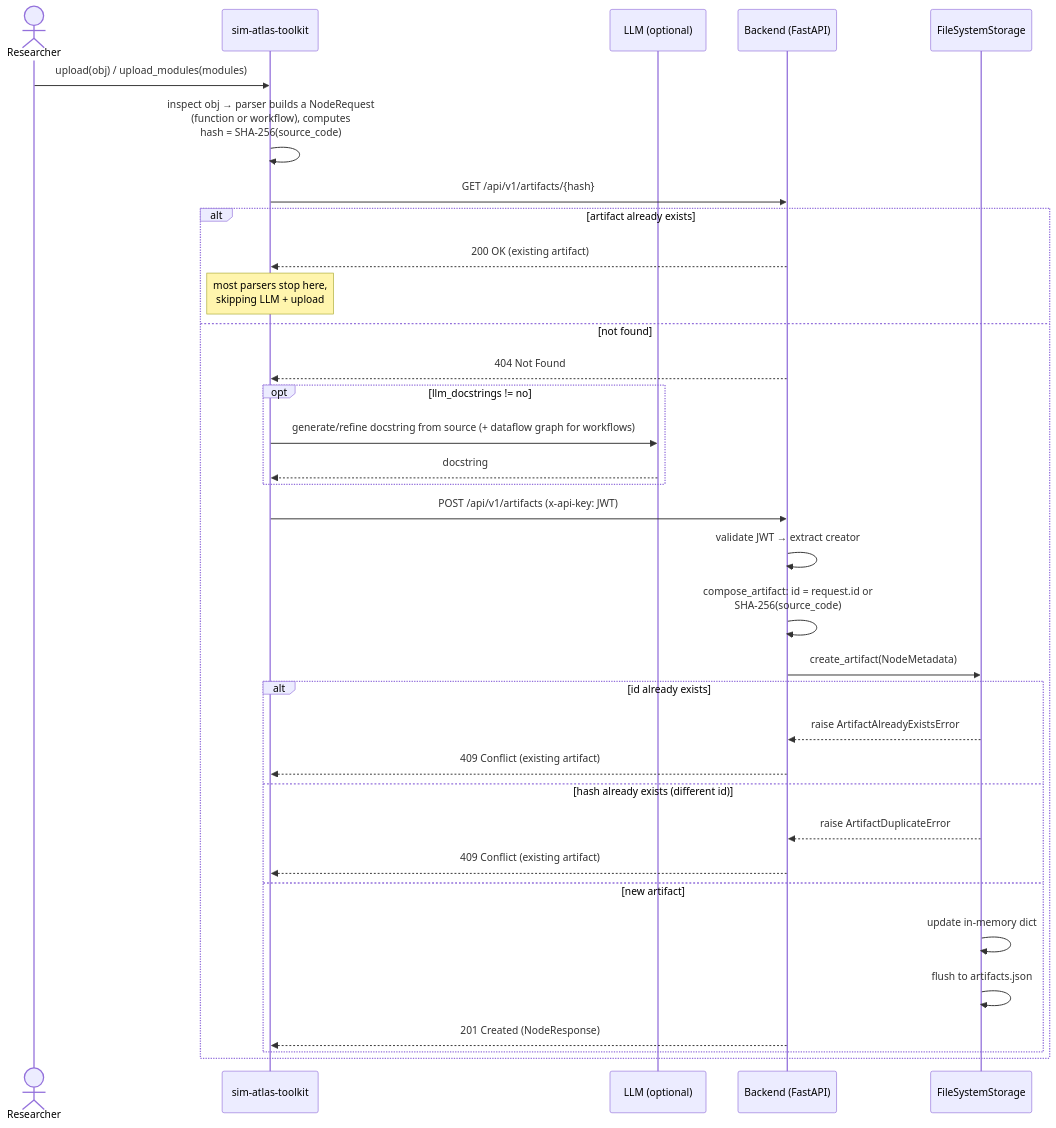
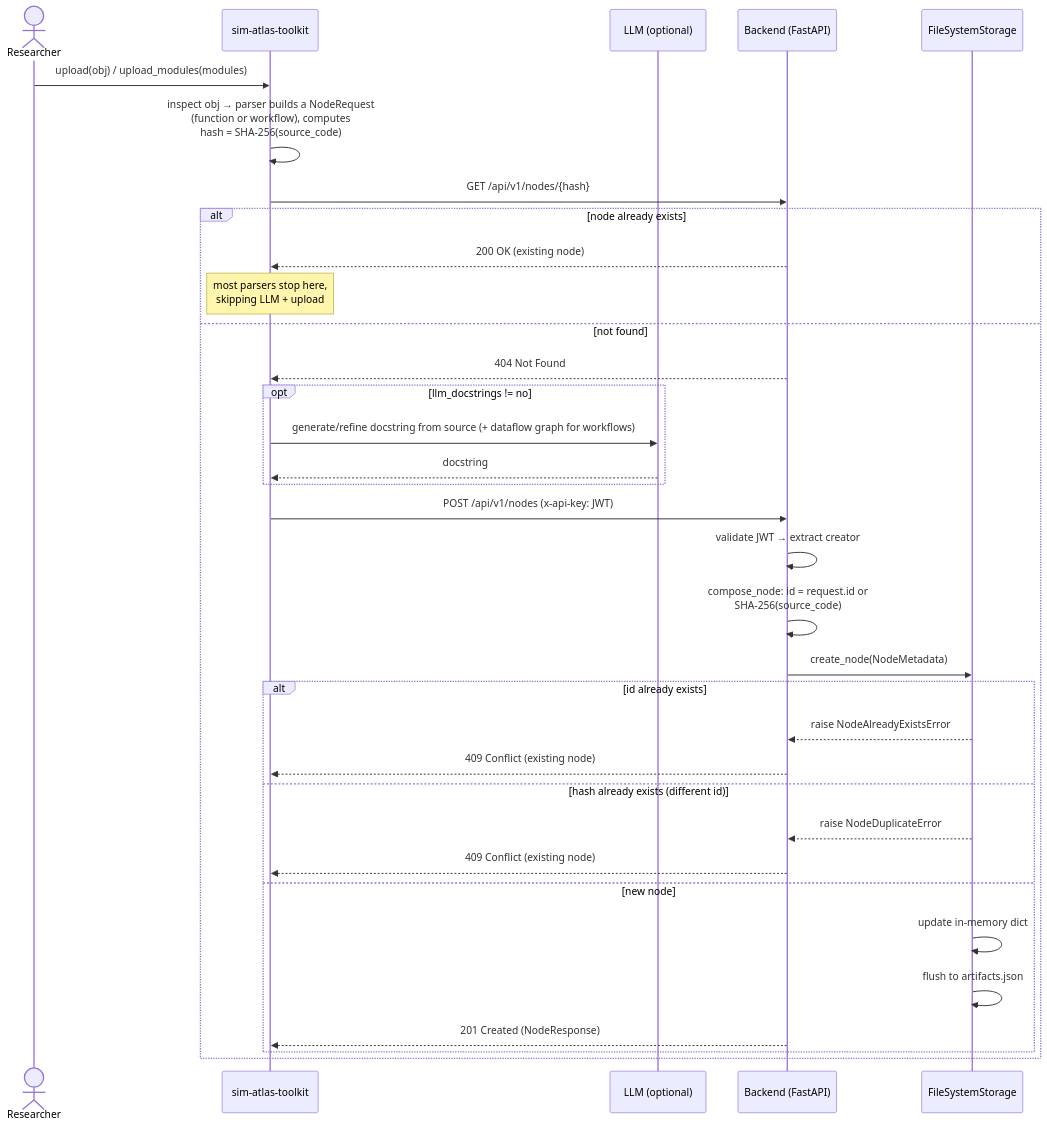
Before and after one commit to XzzX/sim_atlas: the second of 3 diagrams in docs/architecture.md, drawn with Mermaid. The commit also changed other lines of this file and 55 other files, not shown here.

Commit message:
rename artifact -> node

````diff
--- a/docs/architecture.md
+++ b/docs/architecture.md
@@ -91,37 +91,37 @@
 ```mermaid
 sequenceDiagram
     actor R as Researcher
     participant T as sim-atlas-toolkit
     participant L as LLM (optional)
     participant B as Backend (FastAPI)
     participant S as FileSystemStorage
 
     R->>T: upload(obj) / upload_modules(modules)
     T->>T: inspect obj → parser builds a NodeRequest<br/>(function or workflow), computes<br/>hash = SHA-256(source_code)
-    T->>B: GET /api/v1/artifacts/{hash}
-    alt artifact already exists
-        B-->>T: 200 OK (existing artifact)
+    T->>B: GET /api/v1/nodes/{hash}
+    alt node already exists
+        B-->>T: 200 OK (existing node)
         Note over T: most parsers stop here,<br/>skipping LLM + upload
     else not found
         B-->>T: 404 Not Found
         opt llm_docstrings != no
             T->>L: generate/refine docstring from source (+ dataflow graph for workflows)
             L-->>T: docstring
         end
-        T->>B: POST /api/v1/artifacts (x-api-key: JWT)
+        T->>B: POST /api/v1/nodes (x-api-key: JWT)
         B->>B: validate JWT → extract creator
-        B->>B: compose_artifact: id = request.id or<br/>SHA-256(source_code)
-        B->>S: create_artifact(NodeMetadata)
+        B->>B: compose_node: id = request.id or<br/>SHA-256(source_code)
+        B->>S: create_node(NodeMetadata)
         alt id already exists
-            S-->>B: raise ArtifactAlreadyExistsError
-            B-->>T: 409 Conflict (existing artifact)
+            S-->>B: raise NodeAlreadyExistsError
+            B-->>T: 409 Conflict (existing node)
         else hash already exists (different id)
-            S-->>B: raise ArtifactDuplicateError
-            B-->>T: 409 Conflict (existing artifact)
-        else new artifact
+            S-->>B: raise NodeDuplicateError
+            B-->>T: 409 Conflict (existing node)
+        else new node
             S->>S: update in-memory dict
             S->>S: flush to artifacts.json
             B-->>T: 201 Created (NodeResponse)
         end
     end
 ```
````
